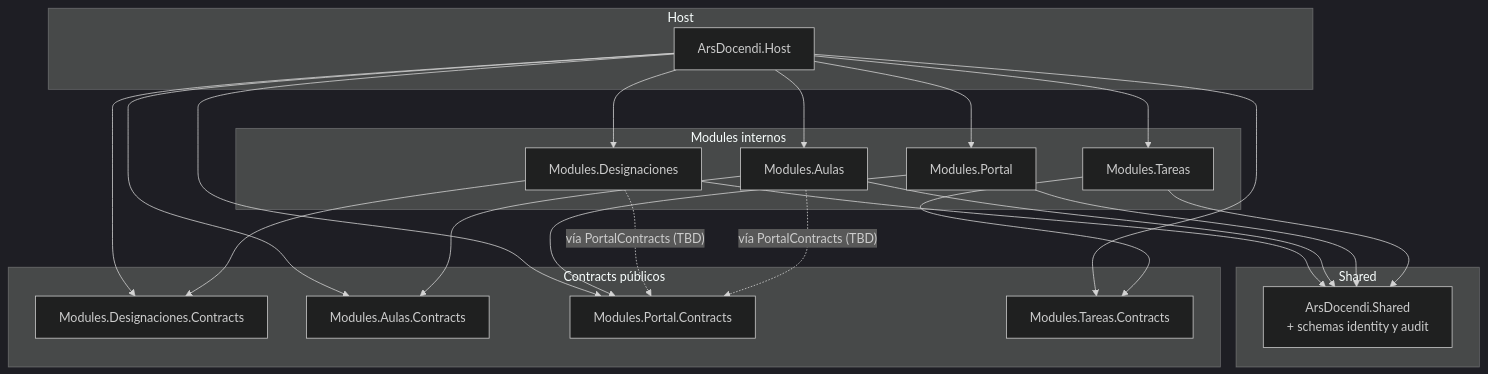
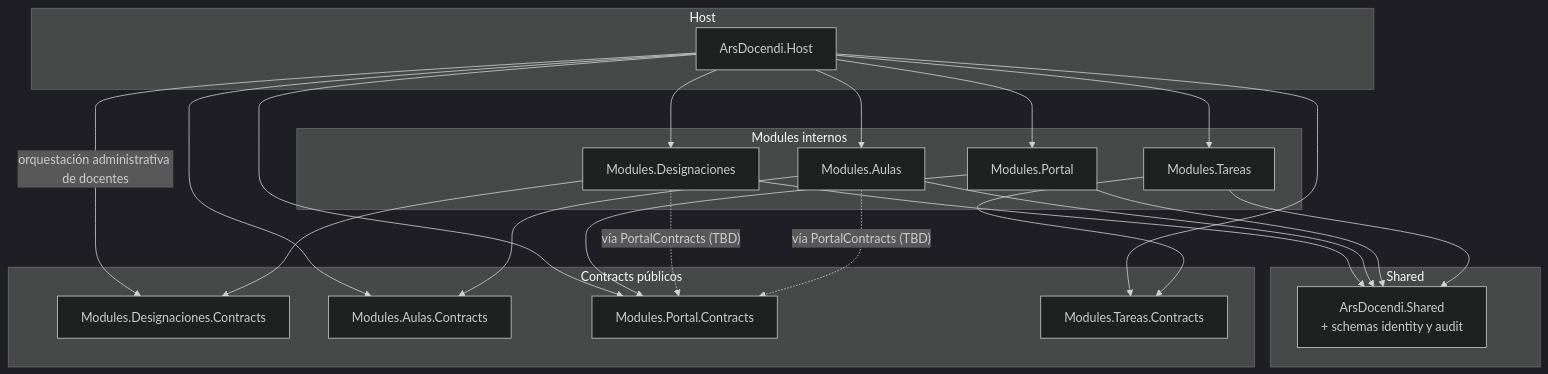
The diagram in docs/architecture/dependency-graph.md (Ars-Docendi/ars-docendi), drawn with Mermaid (dark theme) before and after one commit. The commit also changed other lines of this file and 204 other files, not shown here.

````diff
--- a/docs/architecture/dependency-graph.md
+++ b/docs/architecture/dependency-graph.md
@@ -9,43 +9,43 @@
 ```mermaid
 flowchart TD
   subgraph host [Host]
     Host["ArsDocendi.Host"]
   end
   subgraph shared [Shared]
     Shared["ArsDocendi.Shared<br/>+ schemas identity y audit"]
   end
   subgraph contracts [Contracts públicos]
     DesignacionesContracts["Modules.Designaciones.Contracts"]
     AulasContracts["Modules.Aulas.Contracts"]
     PortalContracts["Modules.Portal.Contracts"]
     TareasContracts["Modules.Tareas.Contracts"]
   end
   subgraph modules [Modules internos]
     Designaciones["Modules.Designaciones"]
     Aulas["Modules.Aulas"]
     Portal["Modules.Portal"]
     Tareas["Modules.Tareas"]
   end
 
   Host --> Designaciones
   Host --> Aulas
   Host --> Portal
   Host --> Tareas
-  Host --> DesignacionesContracts
+  Host -->|"orquestación administrativa de docentes"| DesignacionesContracts
   Host --> AulasContracts
   Host --> PortalContracts
   Host --> TareasContracts
 
   Designaciones --> Shared
   Aulas --> Shared
   Portal --> Shared
   Tareas --> Shared
 
   Designaciones --> DesignacionesContracts
   Aulas --> AulasContracts
   Portal --> PortalContracts
   Tareas --> TareasContracts
 
   Designaciones -.->|"vía PortalContracts (TBD)"| PortalContracts
   Aulas -.->|"vía PortalContracts (TBD)"| PortalContracts
 ```
````
